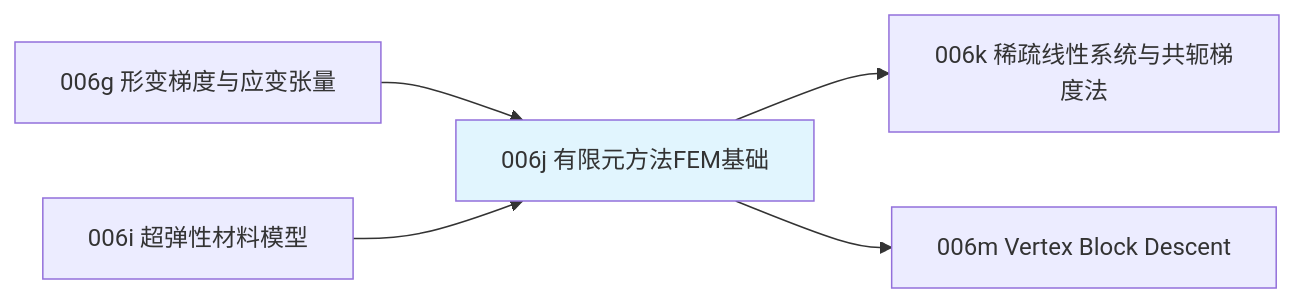
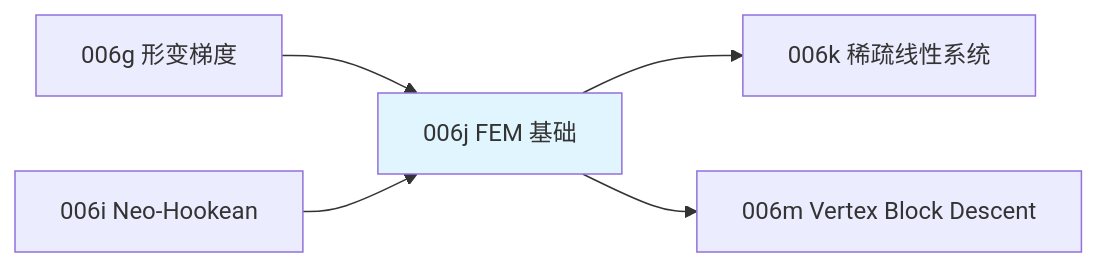
The second of 2 diagrams in 前置知识/006j_前置知识_有限元方法FEM基础_四面体网格与形函数.md (endlesscollider/paper), drawn with Mermaid before and after one commit. The commit also changed other lines of this file and 118 other files, not shown here.

First line of the commit message:
docs: 批量更新前置知识、系列文章、论文综述、playground 脚本与配图

````diff
--- a/前置知识/006j_前置知识_有限元方法FEM基础_四面体网格与形函数.md
+++ b/前置知识/006j_前置知识_有限元方法FEM基础_四面体网格与形函数.md
@@ -261,8 +301,8 @@
 ```mermaid
 flowchart LR
-    Strain["006g 形变梯度与应变张量"] --> This["006j 有限元方法FEM基础"]
-    Hyper["006i 超弹性材料模型"] --> This
-    This --> CG["006k 稀疏线性系统与共轭梯度法"]
+    Strain["006g 形变梯度"] --> This["006j FEM 基础"]
+    Hyper["006i Neo-Hookean"] --> This
+    This --> CG["006k 稀疏线性系统"]
     This --> VBD["006m Vertex Block Descent"]
     style This fill:#e1f5fe
 ```
````
